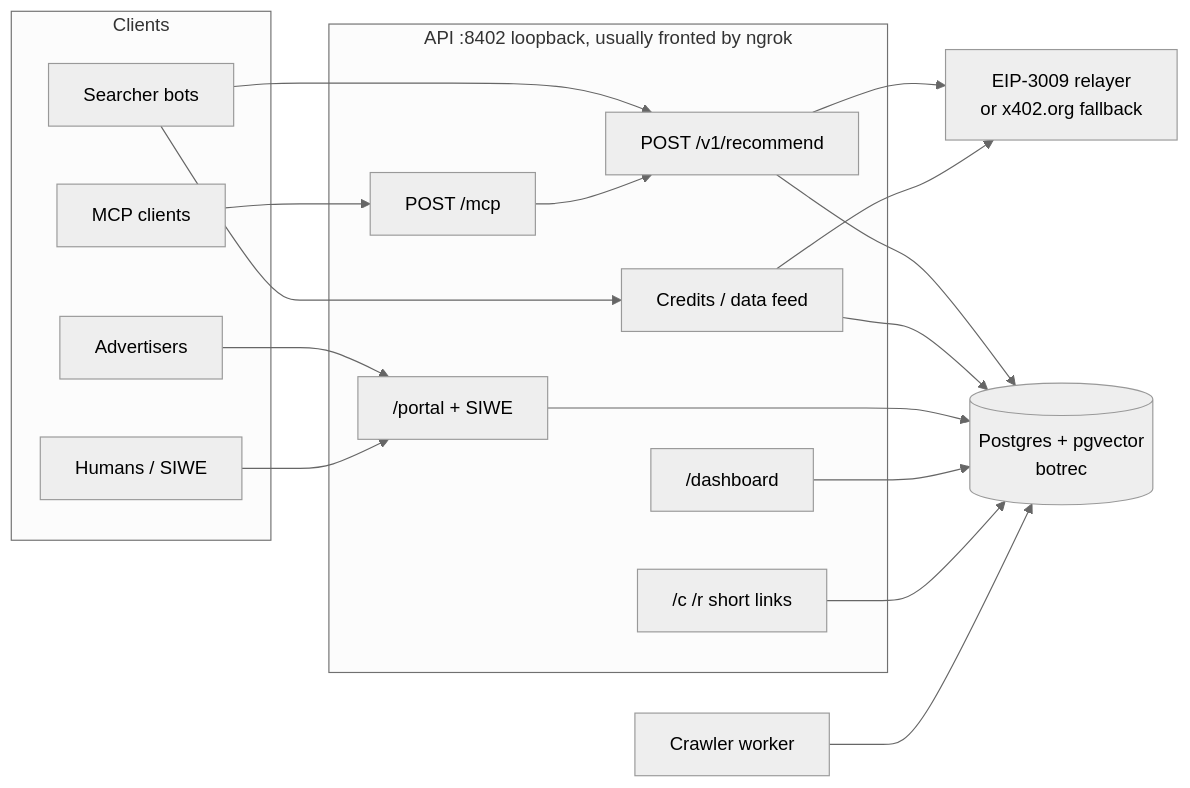
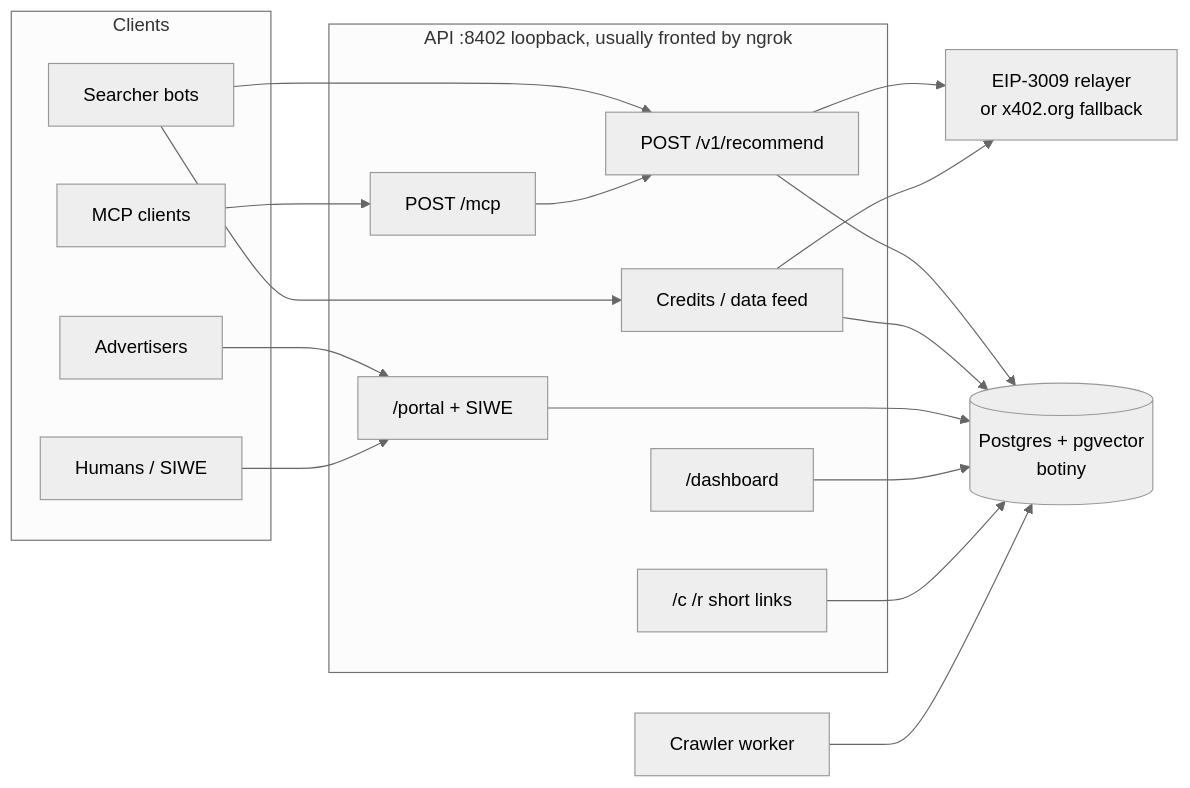
One commit to blackboxmerkle-core/botiny changed the diagram in README.md. Above: the diagram before and after it, drawn with Mermaid (neutral theme). The commit also changed other lines of this file and 32 other files, not shown here.

````diff
--- a/README.md
+++ b/README.md
@@ -68,34 +68,34 @@
 ```mermaid
 flowchart LR
   subgraph Clients
     Bots[Searcher bots]
     Adv[Advertisers]
     Humans[Humans / SIWE]
     MCP[MCP clients]
   end
   subgraph "API :8402 loopback, usually fronted by ngrok"
     Rec["POST /v1/recommend"]
     Credits["Credits / data feed"]
     Mcpe["POST /mcp"]
     Portal["/portal + SIWE"]
     Dash["/dashboard"]
     Click["/c /r short links"]
   end
-  PG[(Postgres + pgvector<br/>botrec)]
+  PG[(Postgres + pgvector<br/>botiny)]
   Relayer[EIP-3009 relayer<br/>or x402.org fallback]
   Crawl[Crawler worker]
   Bots --> Rec
   Bots --> Credits
   MCP --> Mcpe
   Adv --> Portal
   Humans --> Portal
   Rec --> PG
   Credits --> PG
   Mcpe --> Rec
   Portal --> PG
   Dash --> PG
   Click --> PG
   Rec --> Relayer
   Credits --> Relayer
   Crawl --> PG
 ```
````
